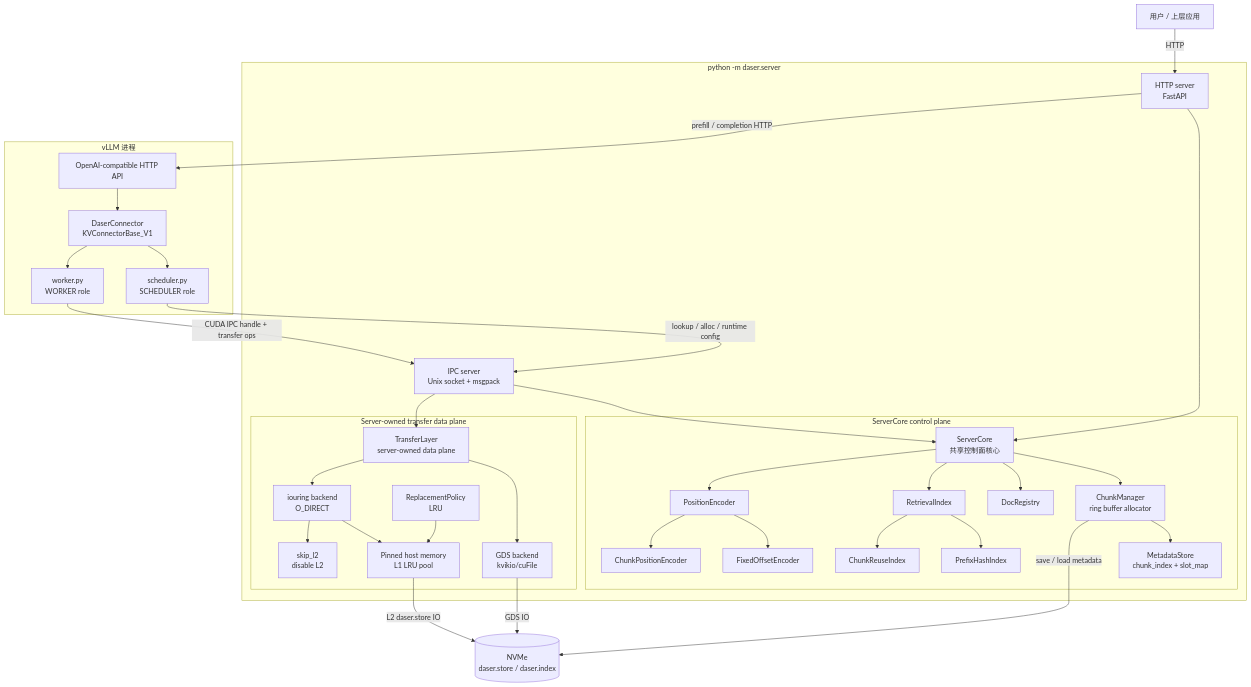
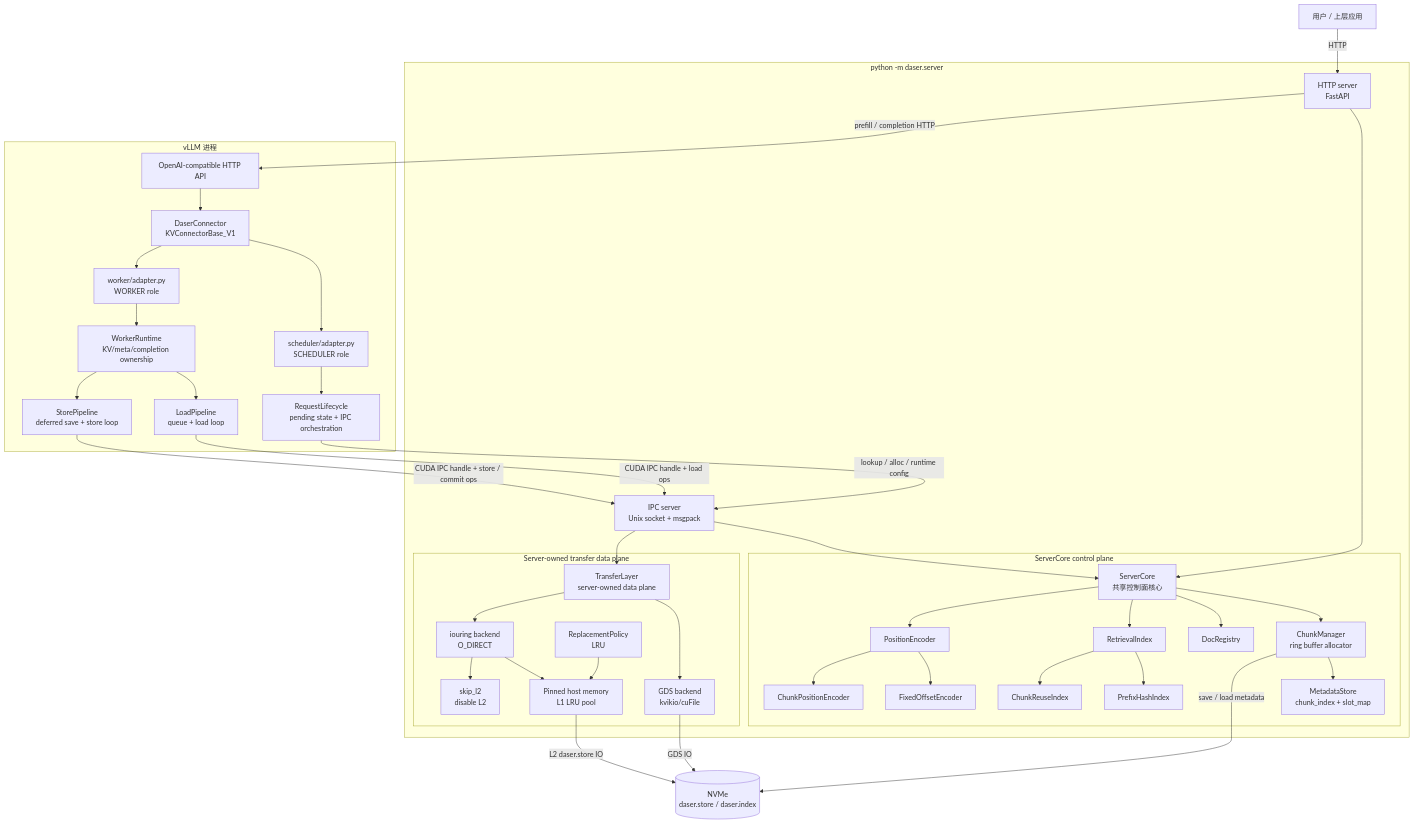
The first of 2 diagrams in docs/design/architecture.md (GentleCold/DaseR), drawn with Mermaid before and after one commit. The commit also changed other lines of this file and 33 other files, not shown here.

````diff
--- a/docs/design/architecture.md
+++ b/docs/design/architecture.md
@@ -11,71 +11,80 @@
 ```mermaid
 graph TB
     User["用户 / 上层应用"]
 
     subgraph server["python -m daser.server"]
         HTTP["HTTP server<br/>FastAPI"]
         IPC["IPC server<br/>Unix socket + msgpack"]
         subgraph core_owner["ServerCore control plane"]
             CORE["ServerCore<br/>共享控制面核心"]
             CM["ChunkManager<br/>ring buffer allocator"]
             MS["MetadataStore<br/>chunk_index + slot_map"]
             DR["DocRegistry"]
             RI["RetrievalIndex"]
             PRI["PrefixHashIndex"]
             CRI["ChunkReuseIndex"]
             PE["PositionEncoder"]
             FPE["FixedOffsetEncoder"]
             CPE["ChunkPositionEncoder"]
 
             CORE --> CM
             CORE --> DR
             CORE --> RI
             CORE --> PE
             CM --> MS
             RI --> PRI
             RI --> CRI
             PE --> FPE
             PE --> CPE
         end
 
         subgraph transfer_owner["Server-owned transfer data plane"]
             TL["TransferLayer<br/>server-owned data plane"]
             GDS["GDS backend<br/>kvikio/cuFile"]
             IOR["iouring backend<br/>O_DIRECT"]
             SKIP["skip_l2<br/>disable L2"]
             L1["Pinned host memory<br/>L1 LRU pool"]
             RP["ReplacementPolicy<br/>LRU"]
 
             TL --> GDS
             TL --> IOR
             IOR --> L1
             IOR --> SKIP
             RP --> L1
         end
 
         HTTP --> CORE
         IPC --> CORE
         IPC --> TL
     end
 
     subgraph vllm["vLLM 进程"]
         VAPI["OpenAI-compatible HTTP API"]
         DC["DaserConnector<br/>KVConnectorBase_V1"]
-        SCHED["scheduler.py<br/>SCHEDULER role"]
-        WORKER["worker.py<br/>WORKER role"]
+        SCHED["scheduler/adapter.py<br/>SCHEDULER role"]
+        WORKER["worker/adapter.py<br/>WORKER role"]
+        LIFE["RequestLifecycle<br/>pending state + IPC orchestration"]
+        RUNTIME["WorkerRuntime<br/>KV/meta/completion ownership"]
+        LOAD["LoadPipeline<br/>queue + load loop"]
+        STORE["StorePipeline<br/>deferred save + store loop"]
 
         VAPI --> DC
         DC --> SCHED
         DC --> WORKER
+        SCHED --> LIFE
+        WORKER --> RUNTIME
+        RUNTIME --> LOAD
+        RUNTIME --> STORE
     end
 
     NVMe[("NVMe<br/>daser.store / daser.index")]
 
     User -- "HTTP" --> HTTP
     HTTP -- "prefill / completion HTTP" --> VAPI
-    SCHED -- "lookup / alloc / runtime config" --> IPC
-    WORKER -- "CUDA IPC handle + transfer ops" --> IPC
+    LIFE -- "lookup / alloc / runtime config" --> IPC
+    LOAD -- "CUDA IPC handle + load ops" --> IPC
+    STORE -- "CUDA IPC handle + store / commit ops" --> IPC
     GDS -- "GDS IO" --> NVMe
     L1 -- "L2 daser.store IO" --> NVMe
     CM -- "save / load metadata" --> NVMe
 ```
````
